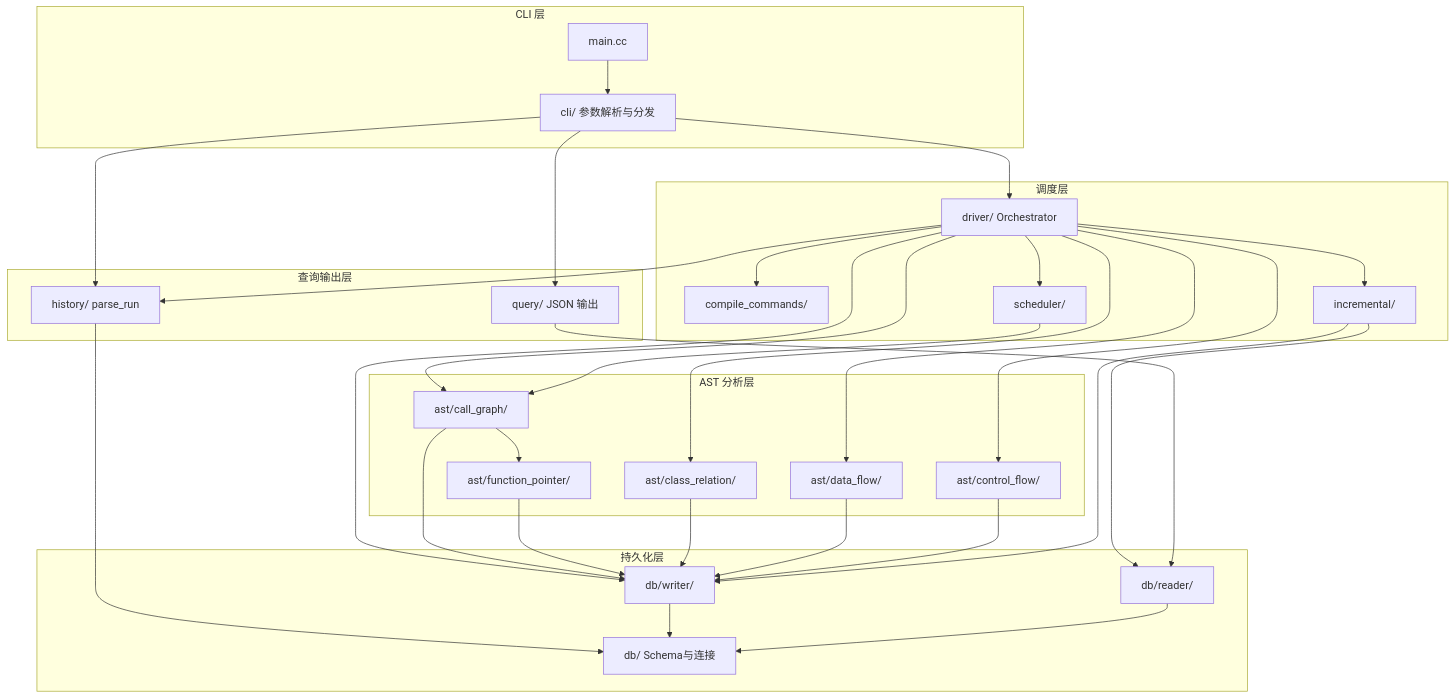
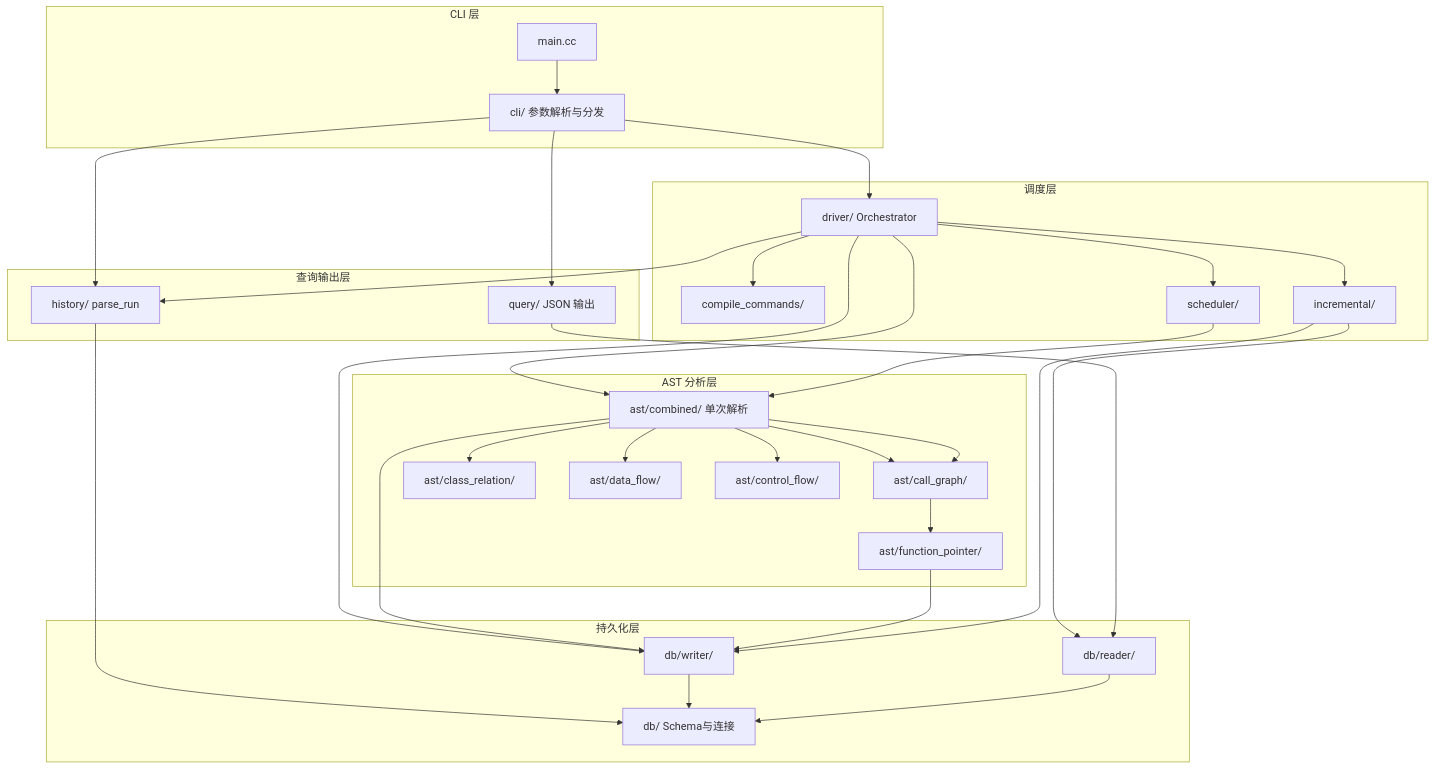
One commit to yushun667/codeXray changed the diagram in doc/01-解析引擎/解析引擎详细功能与架构设计.md. Above: the diagram before and after it, drawn with Mermaid. The commit also changed other lines of this file and 13 other files, not shown here.

````diff
--- a/doc/01-解析引擎/解析引擎详细功能与架构设计.md
+++ b/doc/01-解析引擎/解析引擎详细功能与架构设计.md
@@ -36,55 +36,55 @@
 ```mermaid
 flowchart TB
   subgraph cli [CLI 层]
     Main[main.cc]
     CLI[cli/ 参数解析与分发]
   end
   subgraph schedule [调度层]
     Driver[driver/ Orchestrator]
     CompileCommands[compile_commands/]
     Scheduler[scheduler/]
     Incremental[incremental/]
   end
   subgraph ast [AST 分析层]
+    Combined[ast/combined/ 单次解析]
     CallGraph[ast/call_graph/]
     FuncPtr[ast/function_pointer/]
     ClassRel[ast/class_relation/]
     DataFlow[ast/data_flow/]
     ControlFlow[ast/control_flow/]
   end
   subgraph persist [持久化层]
     DBSchema[db/ Schema与连接]
     DBWriter[db/writer/]
     DBReader[db/reader/]
   end
   subgraph output [查询输出层]
     Query[query/ JSON 输出]
     History[history/ parse_run]
   end
   Main --> CLI
   CLI --> Driver
   CLI --> Query
   CLI --> History
   Driver --> CompileCommands
   Driver --> Scheduler
   Driver --> Incremental
-  Driver --> CallGraph
-  Driver --> ClassRel
-  Driver --> DataFlow
-  Driver --> ControlFlow
+  Driver --> Combined
   Driver --> DBWriter
+  Combined --> CallGraph
+  Combined --> ClassRel
+  Combined --> DataFlow
+  Combined --> ControlFlow
   Driver --> History
-  Scheduler --> CallGraph
+  Scheduler --> Combined
+  Combined --> CallGraph
   CallGraph --> FuncPtr
-  CallGraph --> DBWriter
+  Combined --> DBWriter
   FuncPtr --> DBWriter
-  ClassRel --> DBWriter
-  DataFlow --> DBWriter
-  ControlFlow --> DBWriter
   Incremental --> DBReader
   Incremental --> DBWriter
   Query --> DBReader
   History --> DBSchema
   DBWriter --> DBSchema
   DBReader --> DBSchema
 ```
````
